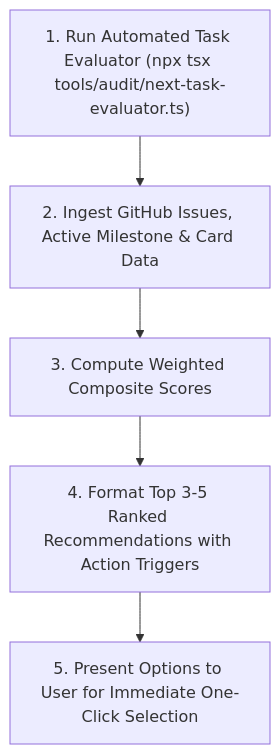
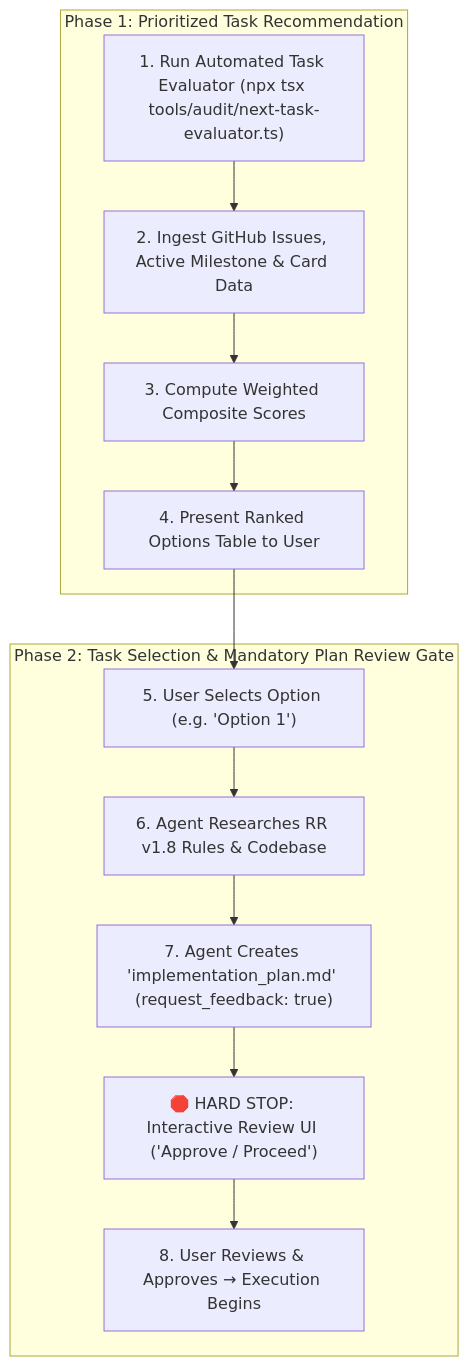
One commit to SteveRodrigue/MCD changed the diagram in .agents/skills/next-task/SKILL.md. Above: the diagram before and after it, drawn with Mermaid. The commit also changed other lines of this file and 1 other file, not shown here.

Commit message:
feat(governance): establish mandatory pre-execution implementation plan review gate in AGENTS.md and next-task skill

````diff
--- a/.agents/skills/next-task/SKILL.md
+++ b/.agents/skills/next-task/SKILL.md
@@ -25,7 +24,17 @@
 ```mermaid
 flowchart TD
-    S1["1. Run Automated Task Evaluator (npx tsx tools/audit/next-task-evaluator.ts)"] --> S2["2. Ingest GitHub Issues, Active Milestone & Card Data"]
-    S2 --> S3["3. Compute Weighted Composite Scores"]
-    S3 --> S4["4. Format Top 3-5 Ranked Recommendations with Action Triggers"]
-    S4 --> S5["5. Present Options to User for Immediate One-Click Selection"]
+    subgraph Phase1["Phase 1: Prioritized Task Recommendation"]
+        S1["1. Run Automated Task Evaluator (npx tsx tools/audit/next-task-evaluator.ts)"]
+        S1 --> S2["2. Ingest GitHub Issues, Active Milestone & Card Data"]
+        S2 --> S3["3. Compute Weighted Composite Scores"]
+        S3 --> S4["4. Present Ranked Options Table to User"]
+    end
+
+    subgraph Phase2["Phase 2: Task Selection & Mandatory Plan Review Gate"]
+        S4 --> S5["5. User Selects Option (e.g. 'Option 1')"]
+        S5 --> S6["6. Agent Researches RR v1.8 Rules & Codebase"]
+        S6 --> S7["7. Agent Creates 'implementation_plan.md' (request_feedback: true)"]
+        S7 --> S8["🛑 HARD STOP: Interactive Review UI ('Approve / Proceed')"]
+        S8 --> S9["8. User Reviews & Approves → Execution Begins"]
+    end
 ```
````
